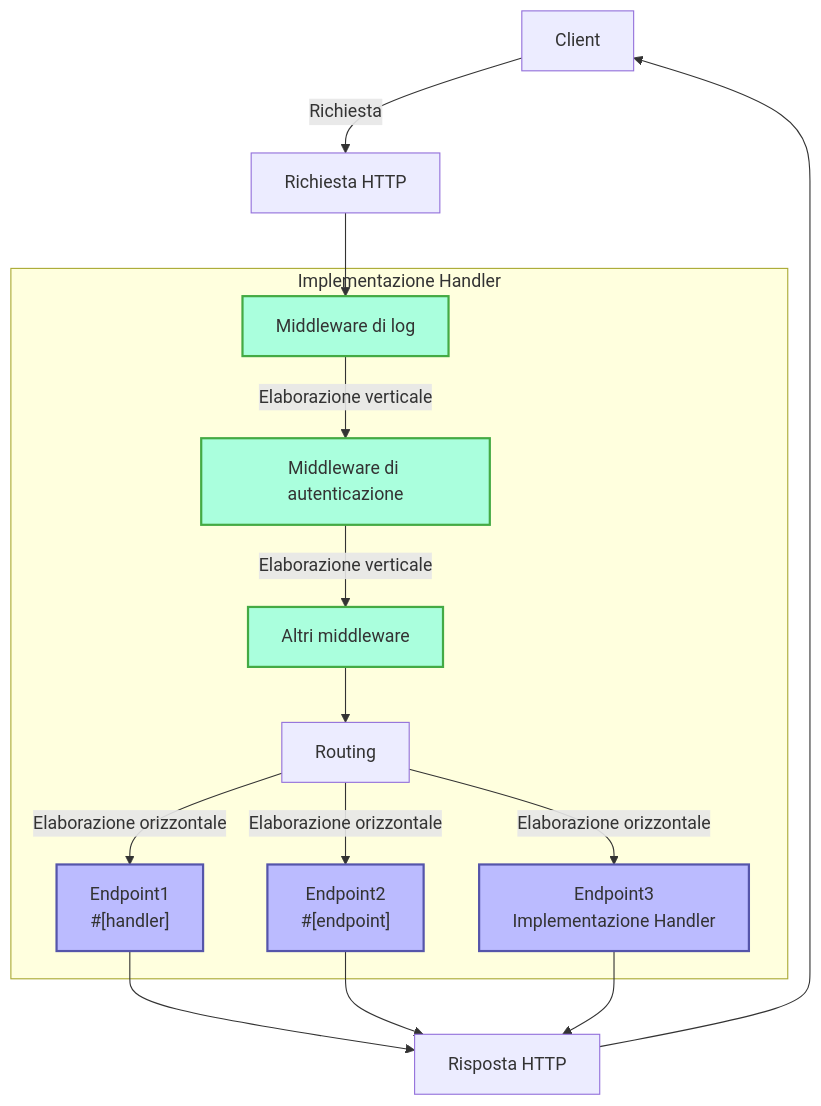
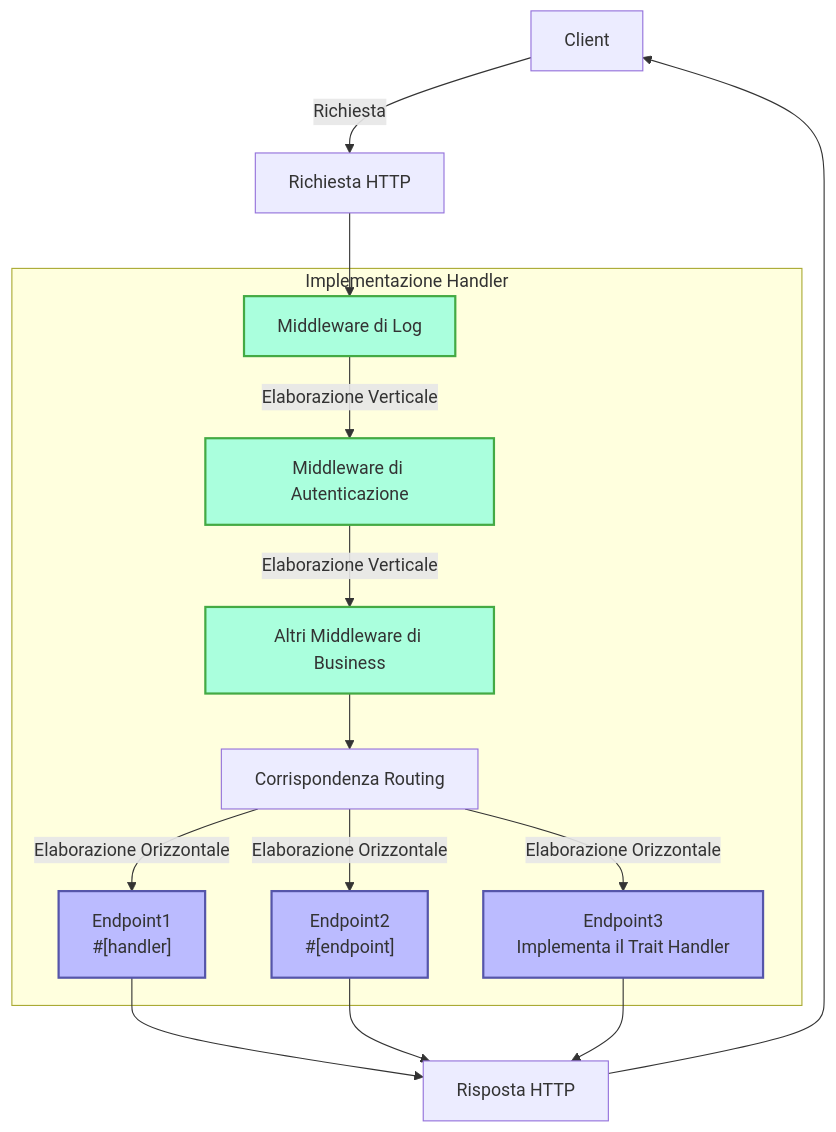
Before and after one commit to salvo-rs/website: the first of 2 diagrams in docs/it/guide/concepts/handler.mdx, drawn with Mermaid. The commit also changed other lines of this file and 1062 other files, not shown here.

````diff
--- a/docs/it/guide/concepts/handler.mdx
+++ b/docs/it/guide/concepts/handler.mdx
@@ -15,25 +15,25 @@
 ```mermaid
 flowchart TD
     Client[Client] -->|Richiesta| Request[Richiesta HTTP]
     Request --> M1
 
     subgraph "Implementazione Handler"
-        M1[Middleware di log] -->|Elaborazione verticale| M2[Middleware di autenticazione] -->|Elaborazione verticale| M3[Altri middleware]
-        M3 --> Router[Routing]
+        M1[Middleware di Log] -->|Elaborazione Verticale| M2[Middleware di Autenticazione] -->|Elaborazione Verticale| M3[Altri Middleware di Business]
+        M3 --> Router[Corrispondenza Routing]
 
-        Router -->|Elaborazione orizzontale| E1["Endpoint1<br>#[handler]"]
-        Router -->|Elaborazione orizzontale| E2["Endpoint2<br>#[endpoint]"]
-        Router -->|Elaborazione orizzontale| E3["Endpoint3<br>Implementazione Handler"]
+        Router -->|Elaborazione Orizzontale| E1["Endpoint1<br>#[handler]"]
+        Router -->|Elaborazione Orizzontale| E2["Endpoint2<br>#[endpoint]"]
+        Router -->|Elaborazione Orizzontale| E3["Endpoint3<br>Implementa il Trait Handler"]
     end
 
     E1 --> Response[Risposta HTTP]
     E2 --> Response
     E3 --> Response
     Response --> Client
 
     classDef middleware fill:#afd,stroke:#4a4,stroke-width:2px;
     classDef endpoint fill:#bbf,stroke:#55a,stroke-width:2px;
 
     class M1,M2,M3 middleware;
     class E1,E2,E3 endpoint;
 ```
````
